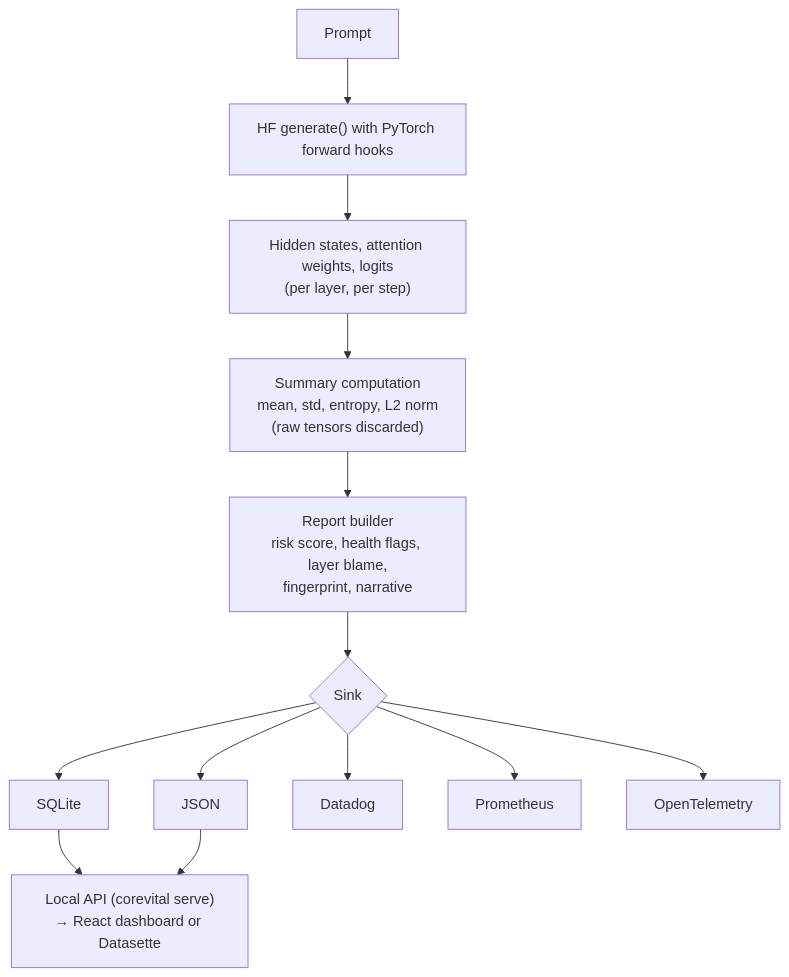
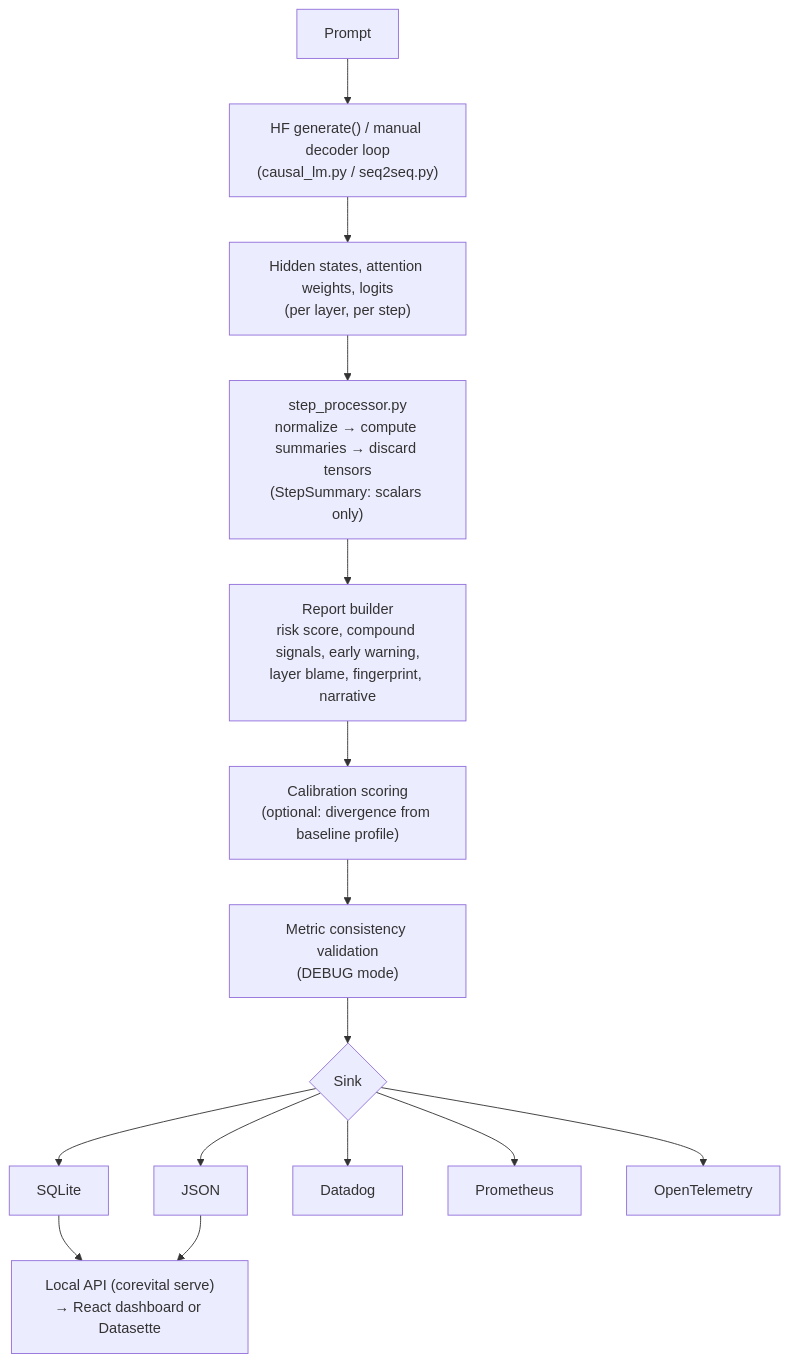
The diagram in README.md (Joe-b-20/CoreVital), drawn with Mermaid before and after one commit. The commit also changed other lines of this file and 67 other files, not shown here.

````diff
--- a/README.md
+++ b/README.md
@@ -70,15 +88,17 @@
 ```mermaid
 flowchart TD
-    A[Prompt] --> B["HF generate() with PyTorch forward hooks"]
+    A[Prompt] --> B["HF generate() / manual decoder loop\n(causal_lm.py / seq2seq.py)"]
     B --> C["Hidden states, attention weights, logits\n(per layer, per step)"]
-    C --> D["Summary computation\nmean, std, entropy, L2 norm\n(raw tensors discarded)"]
-    D --> E["Report builder\nrisk score, health flags, layer blame,\nfingerprint, narrative"]
-    E --> F{Sink}
+    C --> D["step_processor.py\nnormalize → compute summaries → discard tensors\n(StepSummary: scalars only)"]
+    D --> E["Report builder\nrisk score, compound signals, early warning,\nlayer blame, fingerprint, narrative"]
+    E --> E2["Calibration scoring\n(optional: divergence from baseline profile)"]
+    E2 --> E3["Metric consistency validation\n(DEBUG mode)"]
+    E3 --> F{Sink}
     F --> G[SQLite]
     F --> H[JSON]
     F --> I[Datadog]
     F --> J[Prometheus]
     F --> K[OpenTelemetry]
     G --> L["Local API (corevital serve)\n→ React dashboard or Datasette"]
     H --> L
 ```
````
